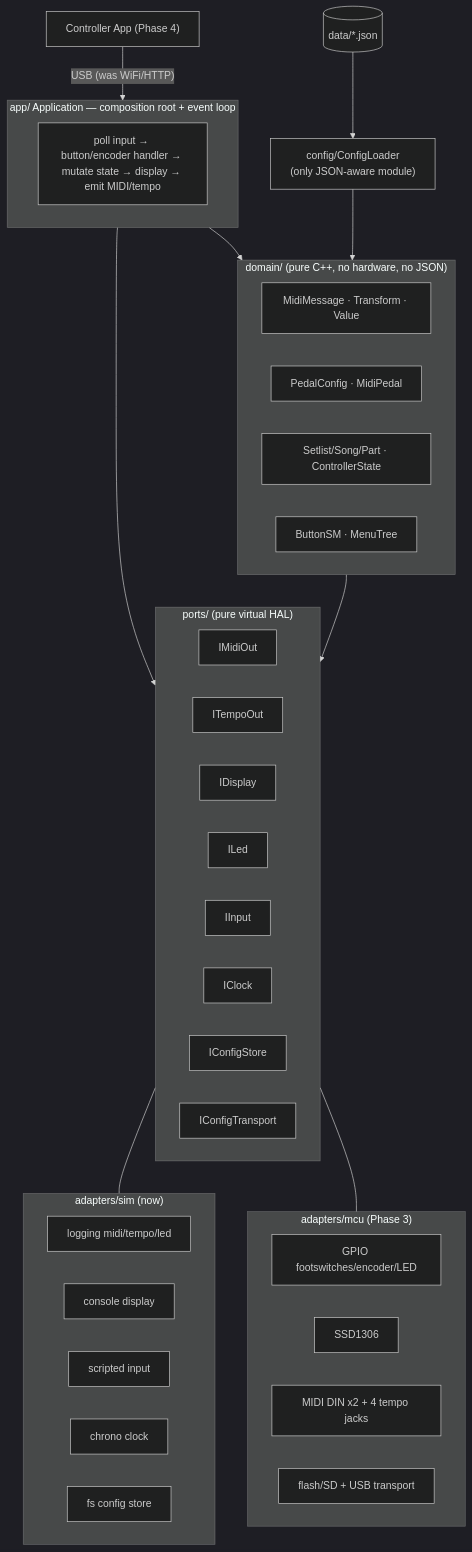
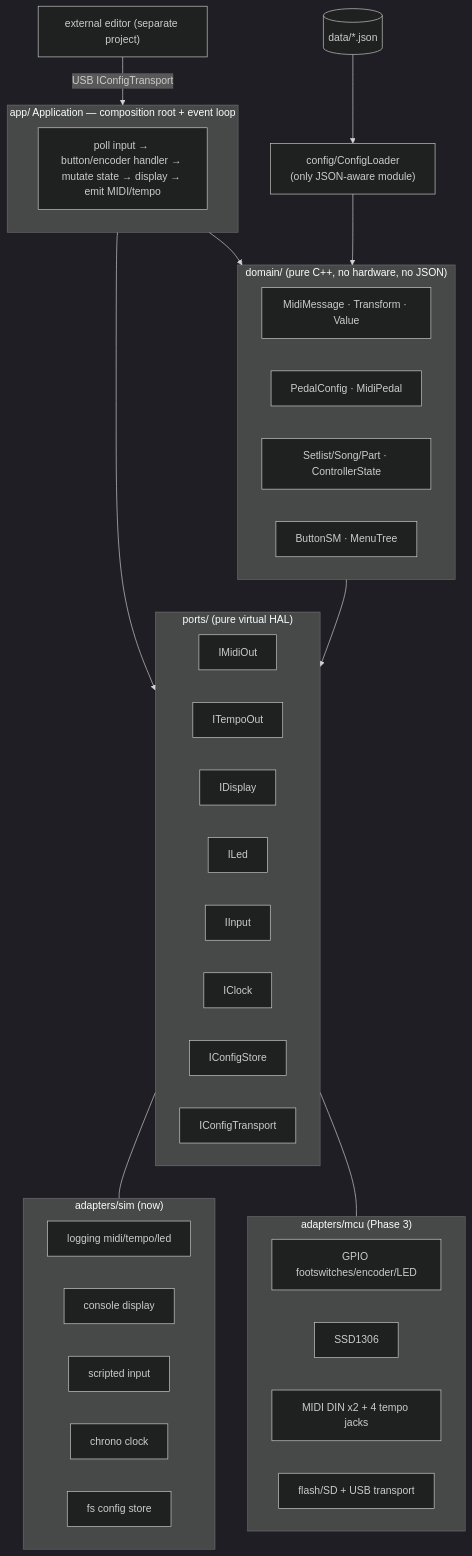
One commit to jcksnvllxr80/MidiControllerCpp changed the first of 2 diagrams in docs/architecture.md. Above: the diagram before and after it, drawn with Mermaid (dark theme). The commit also changed 3 other files, not shown here.

Commit message:
Update documentation to clarify project structure and external editor app relationship

````diff
--- a/docs/architecture.md
+++ b/docs/architecture.md
@@ -7,43 +7,43 @@
 ```mermaid
 flowchart TB
-    CA["Controller App (Phase 4)"] -- "USB (was WiFi/HTTP)" --> APP
+    EXT["external editor (separate project)"] -- "USB IConfigTransport" --> APP
 
     subgraph APP["app/ Application — composition root + event loop"]
       L["poll input → button/encoder handler → mutate state → display → emit MIDI/tempo"]
     end
 
     subgraph PORTS["ports/ (pure virtual HAL)"]
       direction LR
       IMidiOut & ITempoOut & IDisplay & ILed
       IInput & IClock & IConfigStore & IConfigTransport
     end
 
     subgraph SIM["adapters/sim (now)"]
       direction LR
       LMid["logging midi/tempo/led"] & CDisp["console display"]
       SInp["scripted input"] & CClk["chrono clock"] & FsCS["fs config store"]
     end
 
     subgraph MCU["adapters/mcu (Phase 3)"]
       direction LR
       GPIO["GPIO footswitches/encoder/LED"] & OLED["SSD1306"]
       DIN["MIDI DIN x2 + 4 tempo jacks"] & STORE["flash/SD + USB transport"]
     end
 
     subgraph CORE["domain/ (pure C++, no hardware, no JSON)"]
       direction LR
       MM["MidiMessage · Transform · Value"]
       PC["PedalConfig · MidiPedal"]
       SS["Setlist/Song/Part · ControllerState"]
       BM["ButtonSM · MenuTree"]
     end
 
     APP --> PORTS
     PORTS --- SIM
     PORTS --- MCU
     APP --> CORE
     CORE --> PORTS
 
     CFG["config/ConfigLoader\n(only JSON-aware module)"] --> CORE
     DATA[("data/*.json")] --> CFG
 ```
````
